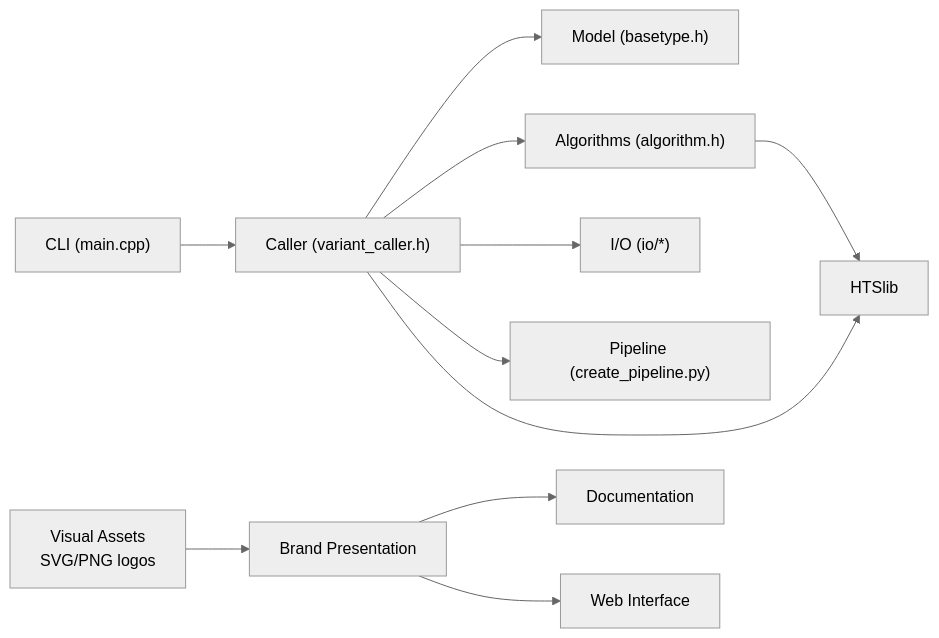
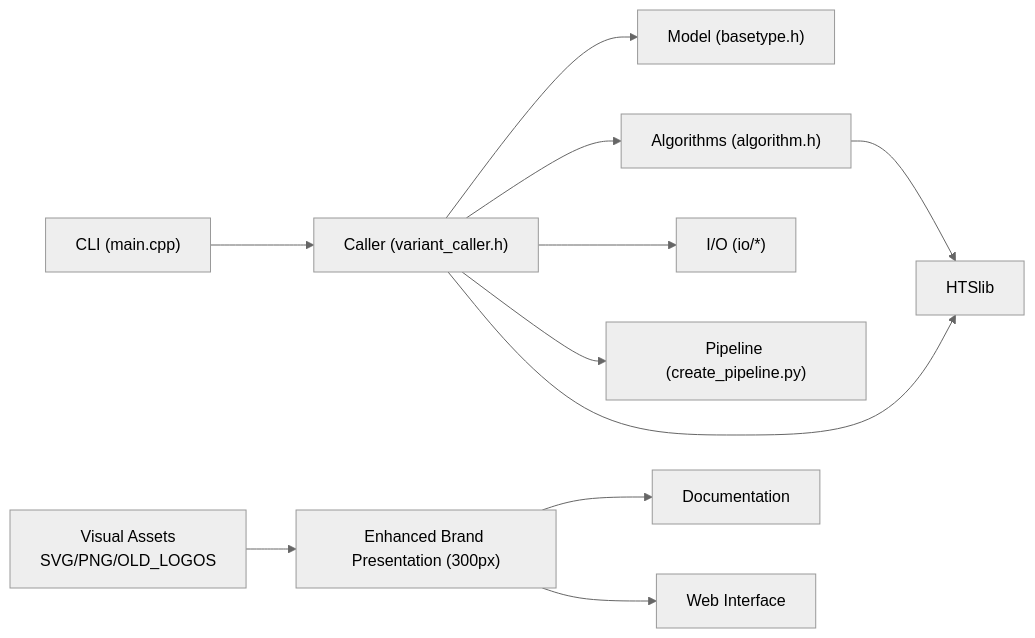
Before and after one commit to ShujiaHuang/BaseVar2: the seventh of 7 diagrams in .qoder/repowiki/en/content/Project Overview/Project Overview.md, drawn with Mermaid (neutral theme). The commit also changed other lines of this file and 6 other files, not shown here.

````diff
--- a/.qoder/repowiki/en/content/Project Overview/Project Overview.md
+++ b/.qoder/repowiki/en/content/Project Overview/Project Overview.md
@@ -356,13 +364,13 @@
 ```mermaid
 graph LR
 CLI["CLI (main.cpp)"] --> CALLER["Caller (variant_caller.h)"]
 CALLER --> MODEL["Model (basetype.h)"]
 CALLER --> ALG["Algorithms (algorithm.h)"]
 CALLER --> IO["I/O (io/*)"]
 CALLER --> PIPE["Pipeline (create_pipeline.py)"]
 CALLER --> HTS["HTSlib"]
 ALG --> HTS
-ASSETS["Visual Assets<br/>SVG/PNG logos"] --> BRANDING["Brand Presentation"]
+ASSETS["Visual Assets<br/>SVG/PNG/OLD_LOGOS"] --> BRANDING["Enhanced Brand Presentation (300px)"]
 BRANDING --> DOCS["Documentation"]
 BRANDING --> WEBSITE["Web Interface"]
 ```
````
